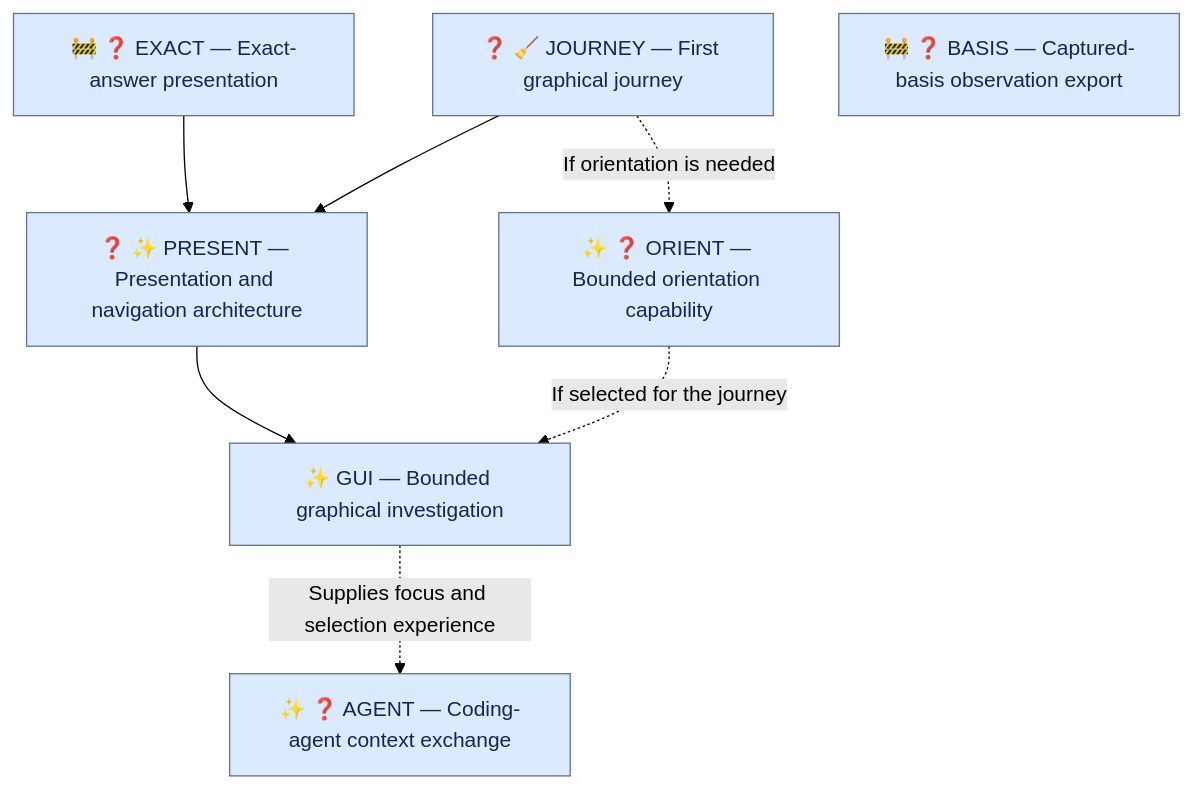
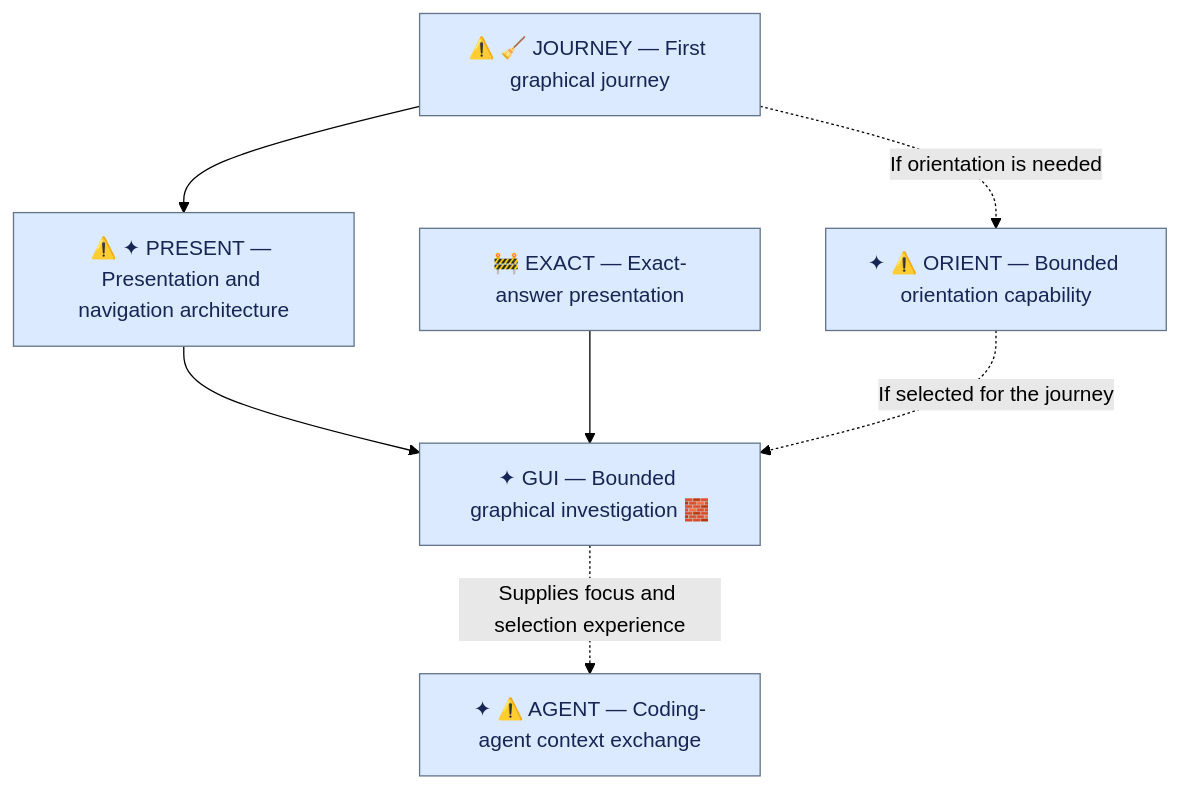
The diagram in notes/upcoming-work.md (ronen/postcode), drawn with Mermaid (forest theme) before and after one commit. The commit also changed other lines of this file, not shown here.

Commit message:
Refine upcoming work sequence and planning legend

````diff
--- a/notes/upcoming-work.md
+++ b/notes/upcoming-work.md
@@ -31,12 +68,11 @@
 ```mermaid
 flowchart TD
-    EXACT["🚧 ❓ EXACT — Exact-answer presentation"] --> PRESENT["❓ ✨ PRESENT — Presentation and navigation architecture"]
-    JOURNEY["❓ 🧹 JOURNEY — First graphical journey"] --> PRESENT
-    PRESENT --> GUI["✨ GUI — Bounded graphical investigation"]
-    JOURNEY -. If orientation is needed .-> ORIENT["✨ ❓ ORIENT — Bounded orientation capability"]
+    JOURNEY["⚠️ 🧹 JOURNEY — First graphical journey"] --> PRESENT["⚠️ ✦ PRESENT — Presentation and navigation architecture"]
+    PRESENT --> GUI["✦ GUI — Bounded graphical investigation 🧱"]
+    EXACT["🚧 EXACT — Exact-answer presentation"] --> GUI
+    JOURNEY -. If orientation is needed .-> ORIENT["✦ ⚠️ ORIENT — Bounded orientation capability"]
     ORIENT -. If selected for the journey .-> GUI
-    GUI -. Supplies focus and selection experience .-> AGENT["✨ ❓ AGENT — Coding-agent context exchange"]
-    BASIS["🚧 ❓ BASIS — Captured-basis observation export"]
+    GUI -. Supplies focus and selection experience .-> AGENT["✦ ⚠️ AGENT — Coding-agent context exchange"]
 
     classDef default fill:#dbeafe,stroke:#64748b,color:#172554
 ```
````
